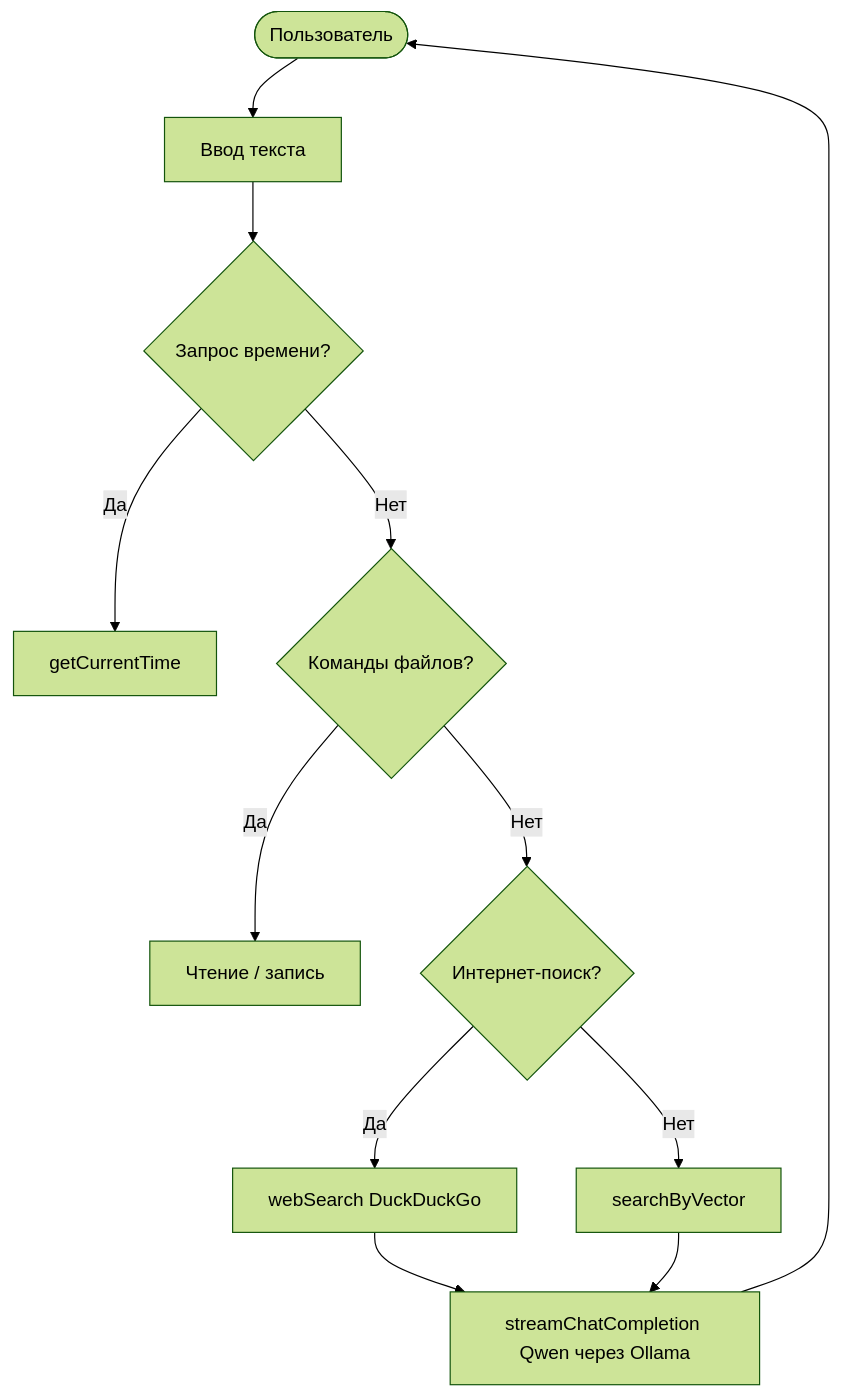
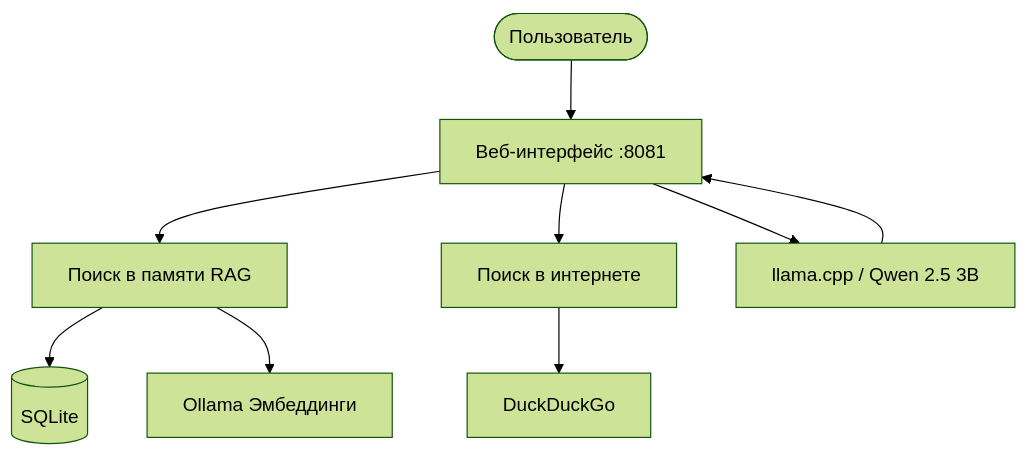
Before and after one commit to 1Maniak/nexus: the diagram in README.md, drawn with Mermaid (forest theme). The commit also changed other lines of this file, not shown here.

Commit message:
docs: beautify README with badges, architecture and English version

````diff
--- a/README.md
+++ b/README.md
@@ -40,14 +53,11 @@
 ```mermaid
 flowchart TD
-    U([Пользователь]) --> IN[Ввод текста]
-    IN --> TIME{Запрос времени?}
-    TIME -- Да --> RT[getCurrentTime]
-    TIME -- Нет --> FILE{Команды файлов?}
-    FILE -- Да --> FOP[Чтение / запись]
-    FILE -- Нет --> SEARCH{Интернет-поиск?}
-    SEARCH -- Да --> WS[webSearch DuckDuckGo]
-    WS --> LLM
-    SEARCH -- Нет --> RAG[searchByVector]
-    RAG --> LLM[streamChatCompletion Qwen через Ollama]
-    LLM --> U
+    U([Пользователь]) --> WEB[Веб-интерфейс :8081]
+    WEB --> RAG[Поиск в памяти RAG]
+    WEB --> WEBSEARCH[Поиск в интернете]
+    RAG --> DB[(SQLite)]
+    RAG --> OLLAMA[Ollama Эмбеддинги]
+    WEBSEARCH --> DDG[DuckDuckGo]
+    WEB --> LLM[llama.cpp / Qwen 2.5 3B]
+    LLM --> WEB
 ```
````
